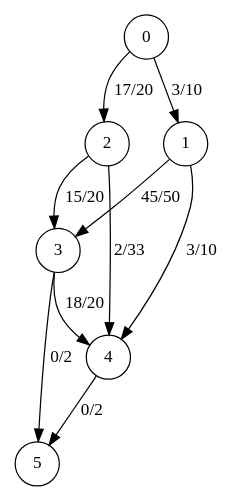
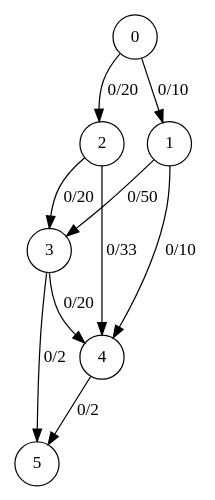
One commit to jb332/ocaml_project changed the diagram in graph_dot.gv. Above: the diagram before and after it, drawn with Graphviz. The commit also changed 10 other files, not shown here.

```diff
--- a/graph_dot.gv
+++ b/graph_dot.gv
@@ -1,13 +1,13 @@
 digraph finite_state_machine { 
 size="8,5"
 node [shape = circle]; 
-0 -> 1 [ label = "3/10"];
-0 -> 2 [ label = "17/20"];
-1 -> 3 [ label = "45/50"];
-1 -> 4 [ label = "3/10"];
-2 -> 3 [ label = "15/20"];
-2 -> 4 [ label = "2/33"];
+0 -> 1 [ label = "0/10"];
+0 -> 2 [ label = "0/20"];
+1 -> 3 [ label = "0/50"];
+1 -> 4 [ label = "0/10"];
+2 -> 3 [ label = "0/20"];
+2 -> 4 [ label = "0/33"];
 4 -> 5 [ label = "0/2"];
-3 -> 4 [ label = "18/20"];
+3 -> 4 [ label = "0/20"];
 3 -> 5 [ label = "0/2"];
 }
```
